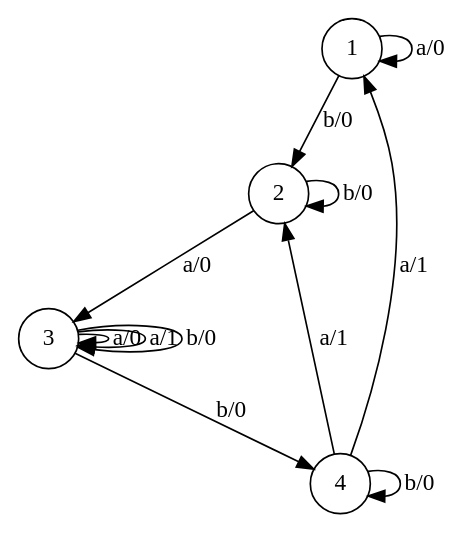
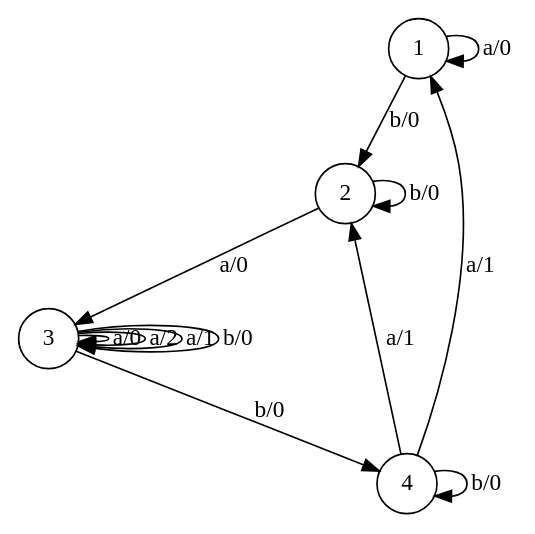
The diagram in first_snippets/data/fsm4.dot (Seyte/stageS8), drawn with Graphviz before and after one commit. The commit also changed 2 other files, not shown here.

```diff
--- a/first_snippets/data/fsm4.dot
+++ b/first_snippets/data/fsm4.dot
@@ -1,28 +1,30 @@
 digraph fsm{
 	s_0 [label="1" shape="circle"]
 	s_1 [label="2" shape="circle"]
 	s_2 [label="3" shape="circle"]
 	s_3 [label="4" shape="circle"]
 	
     s_0 -> s_0[label="a/0"]
 
 	s_0 -> s_1[label="b/0"]
 
 	s_1 -> s_2[label="a/0"]
 
 	s_1 -> s_1[label="b/0"]
 
 	s_2 -> s_2[label="a/0"]
 
+	s_2 -> s_2[label="a/2"]
+
 	s_2 -> s_2[label="a/1"]
 
 	s_2 -> s_2[label="b/0"]
 
 	s_2 -> s_3[label="b/0"]
 
 	s_3 -> s_1[label="a/1"]
 
 	s_3 -> s_3[label="b/0"]
 
 	s_3 -> s_0[label="a/1"]
 }
```
